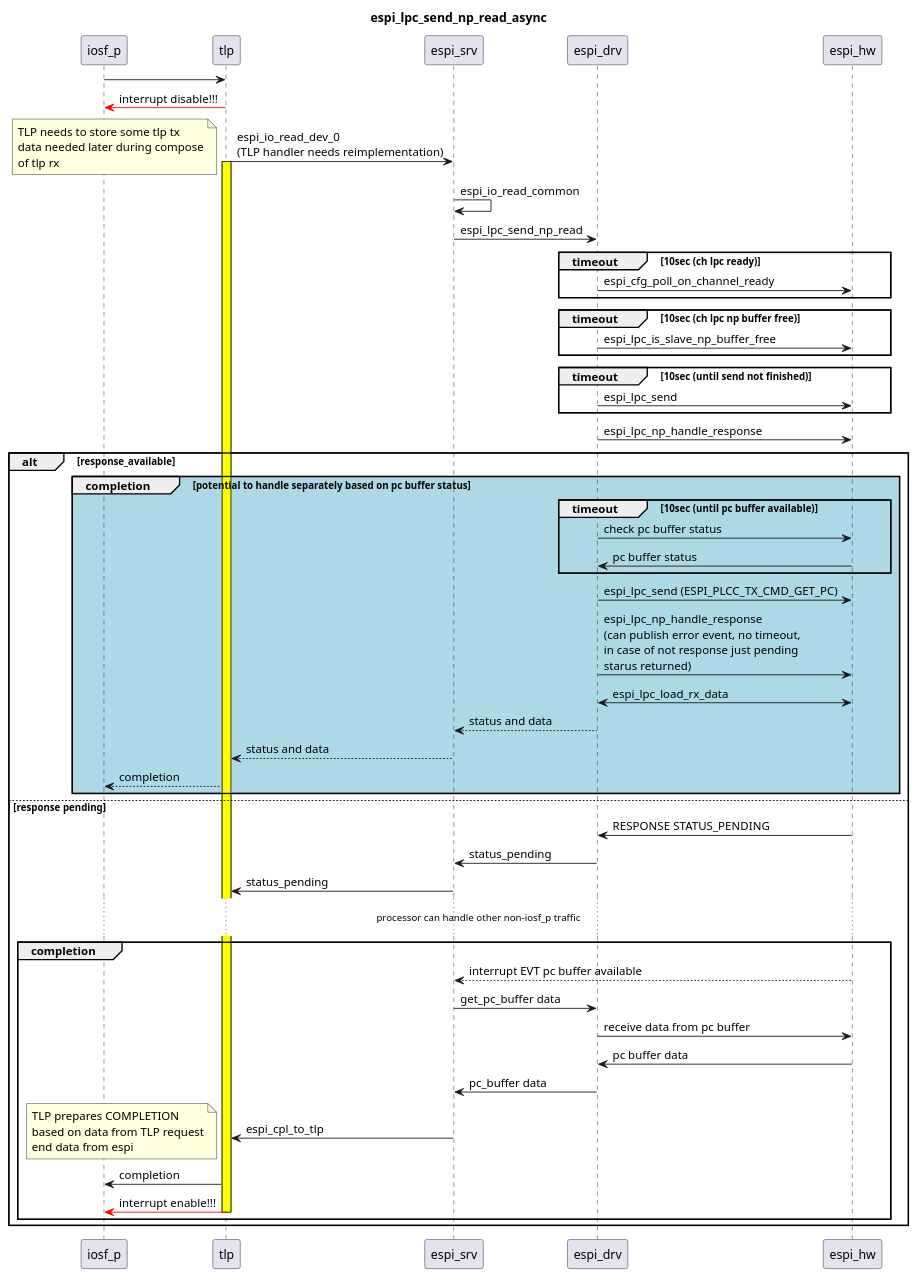
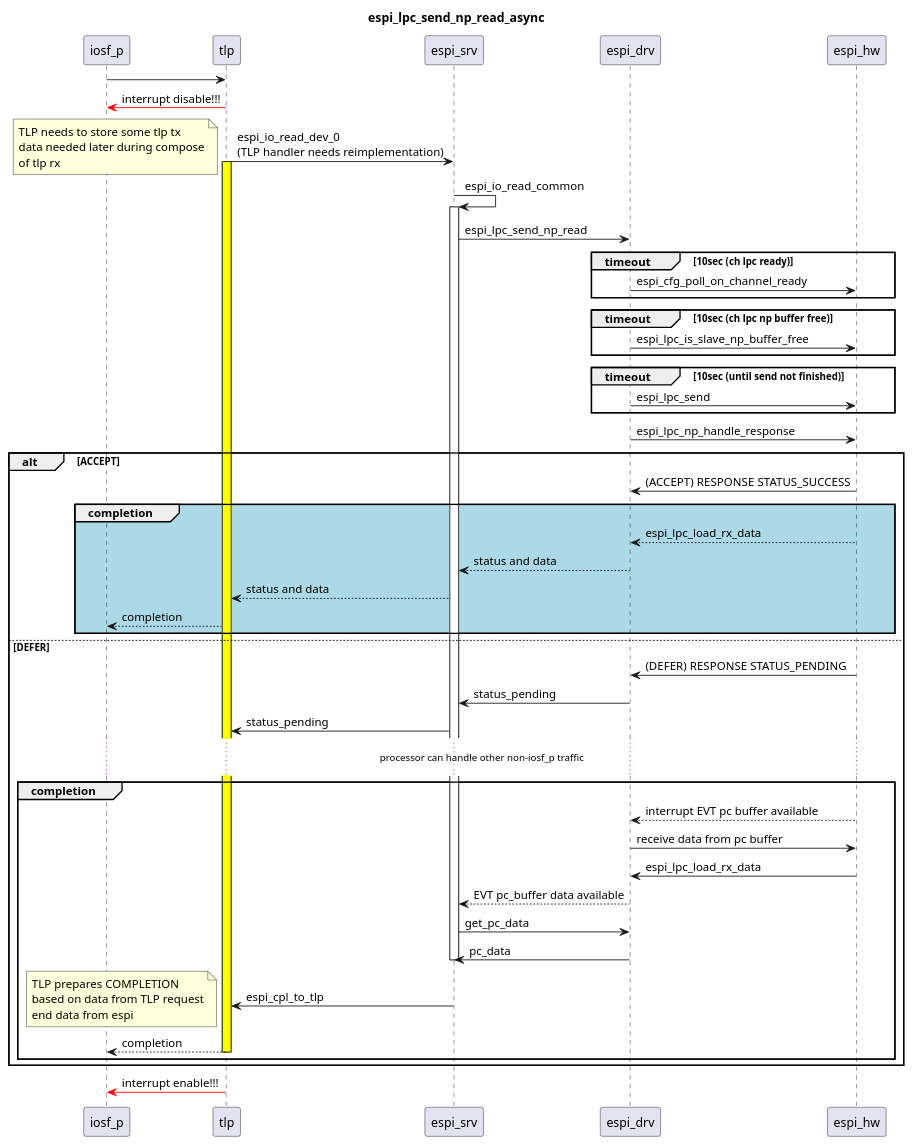
One commit to lgolawsk/plant changed the fifth of 6 diagrams in espi_async.wsd. Above: the diagram before and after it, drawn with PlantUML. The commit also changed other lines of this file and 1 other file, not shown here.

```diff
--- a/espi_async.wsd
+++ b/espi_async.wsd
@@ -138,70 +138,79 @@
 @startuml espi_lpc_send_np_read_async_
 title espi_lpc_send_np_read_async
 participant iosf_p
 participant tlp
 participant espi_srv
 participant espi_drv
 participant espi_hw
 
 iosf_p -> tlp :
 iosf_p <[#Red]- tlp : interrupt disable!!!
 tlp -> espi_srv : espi_io_read_dev_0\n(TLP handler needs reimplementation)
 note left
-TLP needs to store some tlp tx
-data needed later during compose
-of tlp rx
+    TLP needs to store some tlp tx
+    data needed later during compose
+    of tlp rx
 end note
 activate tlp #Yellow
 {int_begin} espi_srv -> espi_srv : espi_io_read_common
 
+activate espi_srv
 espi_srv -> espi_drv : espi_lpc_send_np_read
 group timeout [10sec (ch lpc ready)]
-espi_drv -> espi_hw : espi_cfg_poll_on_channel_ready
+    espi_drv -> espi_hw : espi_cfg_poll_on_channel_ready
 end
 group timeout [10sec (ch lpc np buffer free)]
-espi_drv ->espi_hw : espi_lpc_is_slave_np_buffer_free
+    espi_drv ->espi_hw : espi_lpc_is_slave_np_buffer_free
+    ' note left
+    '     needs to double check but in scenario with one driver
+    '     we can expect that np buffer is free
+    ' end note
 end
 'espi_drv ->espi_hw : espi_lpc_store_tx_data
 group timeout [10sec (until send not finished)]
-espi_drv ->espi_hw : espi_lpc_send
+    espi_drv ->espi_hw : espi_lpc_send
 end
 espi_drv -> espi_hw : espi_lpc_np_handle_response
-alt response_available
-group #LightBlue completion [potential to handle separately based on pc buffer status]
-group timeout [10sec (until pc buffer available)]
-espi_drv -> espi_hw : check pc buffer status
-espi_drv <- espi_hw :pc buffer status
+alt ACCEPT
+    espi_drv <- espi_hw : (ACCEPT) RESPONSE STATUS_SUCCESS
+
+    group #LightBlue completion
+        ' group timeout [10sec (until pc buffer available)]
+        '     espi_drv -> espi_hw : check pc buffer status
+        '     espi_drv <- espi_hw :pc buffer status
+        ' end
+        ' espi_drv -> espi_hw : espi_lpc_send (ESPI_PLCC_TX_CMD_GET_PC)
+        ' espi_drv -> espi_hw : espi_lpc_np_handle_response \n(can publish error event, no timeout, \nin case of not response just pending \nstarus returned)
+        espi_drv <-- espi_hw : espi_lpc_load_rx_data
+        espi_srv <-- espi_drv : status and data
+        tlp <-- espi_srv : status and data
+        iosf_p <-- tlp : completion
+    end
+
+else DEFER
+    espi_drv <- espi_hw : (DEFER) RESPONSE STATUS_PENDING
+    espi_srv <- espi_drv : status_pending
+    tlp <- espi_srv : status_pending
+    ... processor can handle other non-iosf_p traffic ...
+    group completion
+        espi_drv <-- espi_hw : interrupt EVT pc buffer available 
+        espi_drv -> espi_hw : receive data from pc buffer
+        espi_drv <- espi_hw : espi_lpc_load_rx_data
+        espi_srv <-- espi_drv : EVT pc_buffer data available
+        espi_srv -> espi_drv : get_pc_data
+        espi_srv <- espi_drv : pc_data
+deactivate espi_srv
+
+        tlp <- espi_srv : espi_cpl_to_tlp
+        note left
+            TLP prepares COMPLETION
+            based on data from TLP request
+            end data from espi
+        end note
+        iosf_p <-- tlp : completion
+        
+        deactivate tlp
+    end
 end
-espi_drv -> espi_hw : espi_lpc_send (ESPI_PLCC_TX_CMD_GET_PC)
-espi_drv -> espi_hw : espi_lpc_np_handle_response \n(can publish error event, no timeout, \nin case of not response just pending \nstarus returned)
-espi_drv <-> espi_hw : espi_lpc_load_rx_data
-espi_srv <-- espi_drv : status and data
-tlp <-- espi_srv : status and data
-iosf_p <-- tlp : completion
-end
-
-else response pending
-espi_drv <- espi_hw : RESPONSE STATUS_PENDING
-espi_srv <- espi_drv : status_pending
-tlp <- espi_srv : status_pending
-... processor can handle other non-iosf_p traffic ...
-group completion
-espi_srv <-- espi_hw : interrupt EVT pc buffer available 
-espi_srv -> espi_drv : get_pc_buffer data
-espi_drv -> espi_hw : receive data from pc buffer
-espi_drv <- espi_hw : pc buffer data
-espi_srv <- espi_drv : pc_buffer data
-{int_end} tlp <- espi_srv : espi_cpl_to_tlp
-note left
-TLP prepares COMPLETION
-based on data from TLP request
-end data from espi
-end note
-iosf_p <- tlp : completion
-iosf_p <[#Red]- tlp : interrupt enable!!!
-
-{int_begin} <-> {int_end} : dafdas
-deactivate tlp
-end
-end
+        iosf_p <[#Red]- tlp : interrupt enable!!!
 @enduml
```
